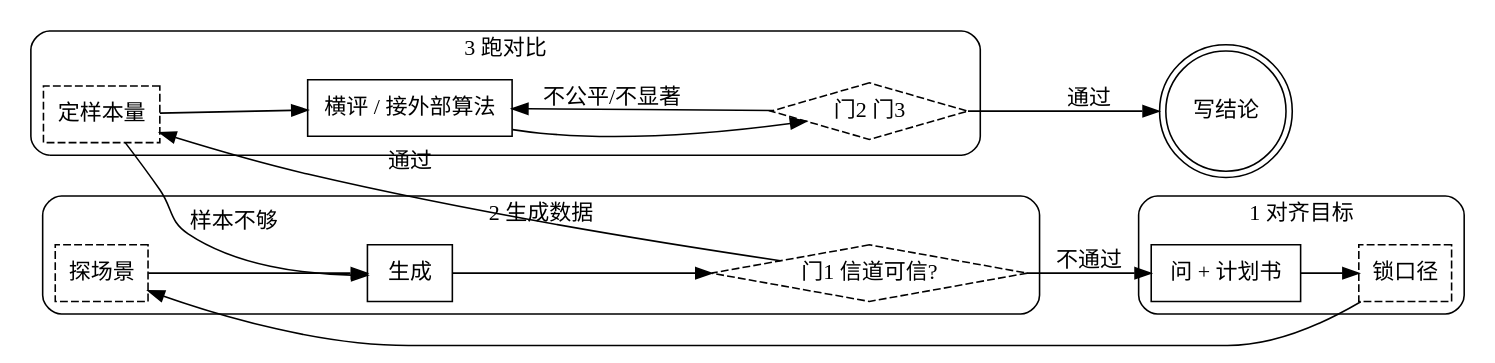
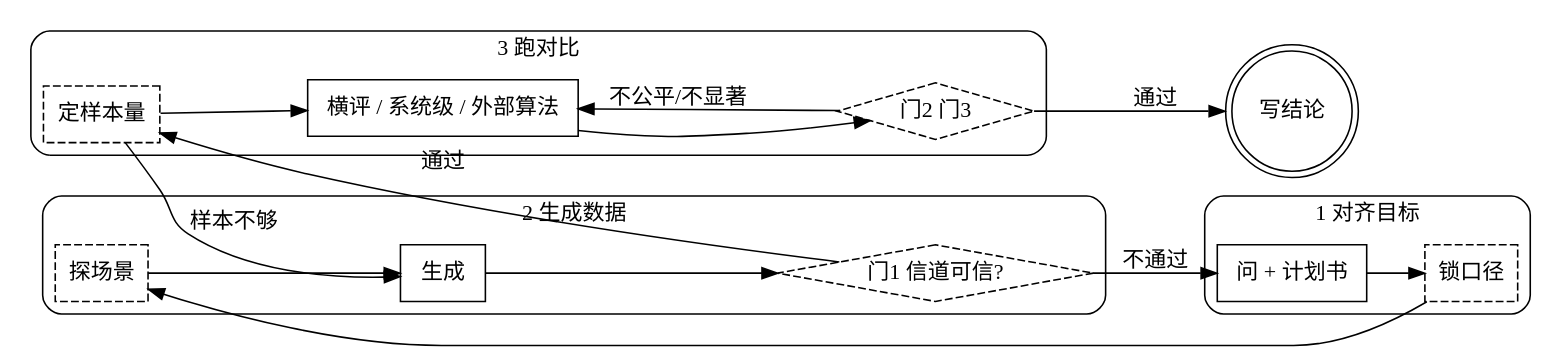
Before and after one commit to TianLin0509/SuperRAN: the diagram in skills/channel-sim/SKILL.md, drawn with Graphviz. The commit also changed other lines of this file and 24 other files, not shown here.

````diff
--- a/skills/channel-sim/SKILL.md
+++ b/skills/channel-sim/SKILL.md
@@ -48,31 +77,20 @@
 ```dot
 digraph channel_sim {
     rankdir=LR;
-    subgraph cluster_0 {
-        label="1 对齐目标"; style=rounded; color="#888";
-        "问 + 计划书" [shape=box];
-        "锁口径" [shape=box, style=dashed];
-    }
-    subgraph cluster_1 {
-        label="2 生成数据"; style=rounded; color="#888";
-        "探场景" [shape=box, style=dashed];
-        "生成" [shape=box];
-        "门1 信道可信?" [shape=diamond, style=dashed];
-    }
-    subgraph cluster_2 {
-        label="3 跑对比"; style=rounded; color="#888";
-        "定样本量" [shape=box, style=dashed];
-        "横评 / 接外部算法" [shape=box];
-        "门2 门3" [shape=diamond, style=dashed];
-    }
+    node [shape=box]; edge [color="#666"];
+    subgraph cluster_0 { label="1 对齐目标"; style=rounded; color="#888";
+        "问 + 计划书"; "锁口径" [style=dashed]; }
+    subgraph cluster_1 { label="2 生成数据"; style=rounded; color="#888";
+        "探场景" [style=dashed]; "生成"; "门1 信道可信?" [shape=diamond, style=dashed]; }
+    subgraph cluster_2 { label="3 跑对比"; style=rounded; color="#888";
+        "定样本量" [style=dashed]; "横评 / 系统级 / 外部算法"; "门2 门3" [shape=diamond, style=dashed]; }
     "写结论" [shape=doublecircle];
-
     "问 + 计划书" -> "锁口径" -> "探场景" -> "生成" -> "门1 信道可信?";
     "门1 信道可信?" -> "问 + 计划书" [label="不通过"];
     "门1 信道可信?" -> "定样本量" [label="通过"];
     "定样本量" -> "生成" [label="样本不够"];
-    "定样本量" -> "横评 / 接外部算法" -> "门2 门3";
-    "门2 门3" -> "横评 / 接外部算法" [label="不公平/不显著"];
+    "定样本量" -> "横评 / 系统级 / 外部算法" -> "门2 门3";
+    "门2 门3" -> "横评 / 系统级 / 外部算法" [label="不公平/不显著"];
     "门2 门3" -> "写结论" [label="通过"];
 }
 ```
````
